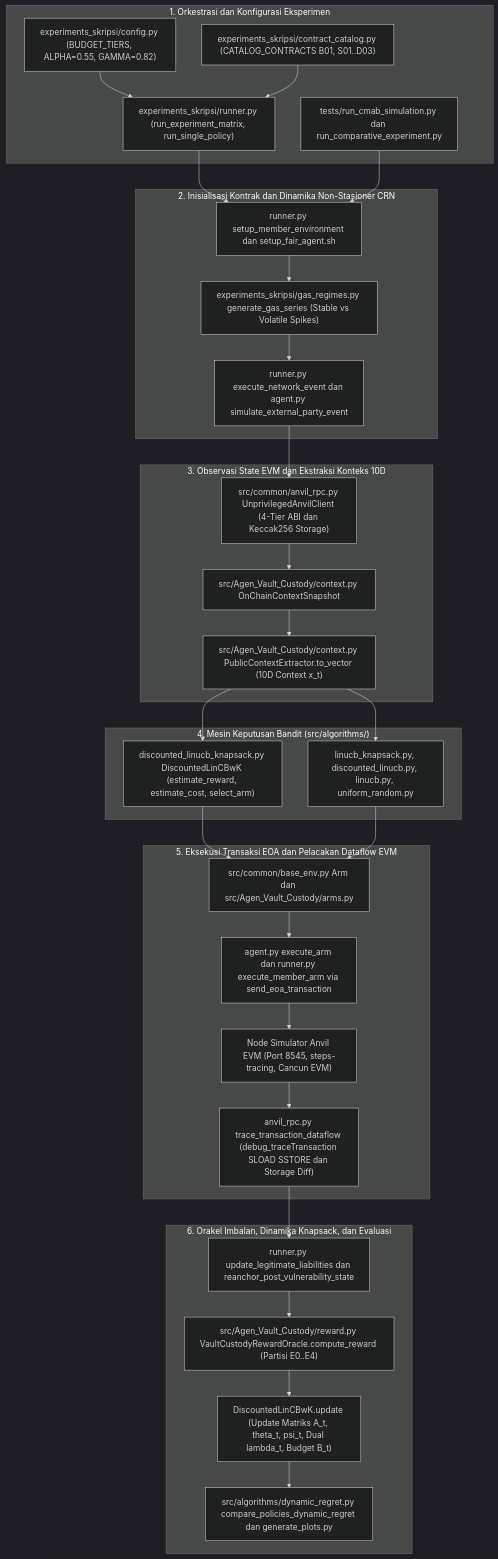
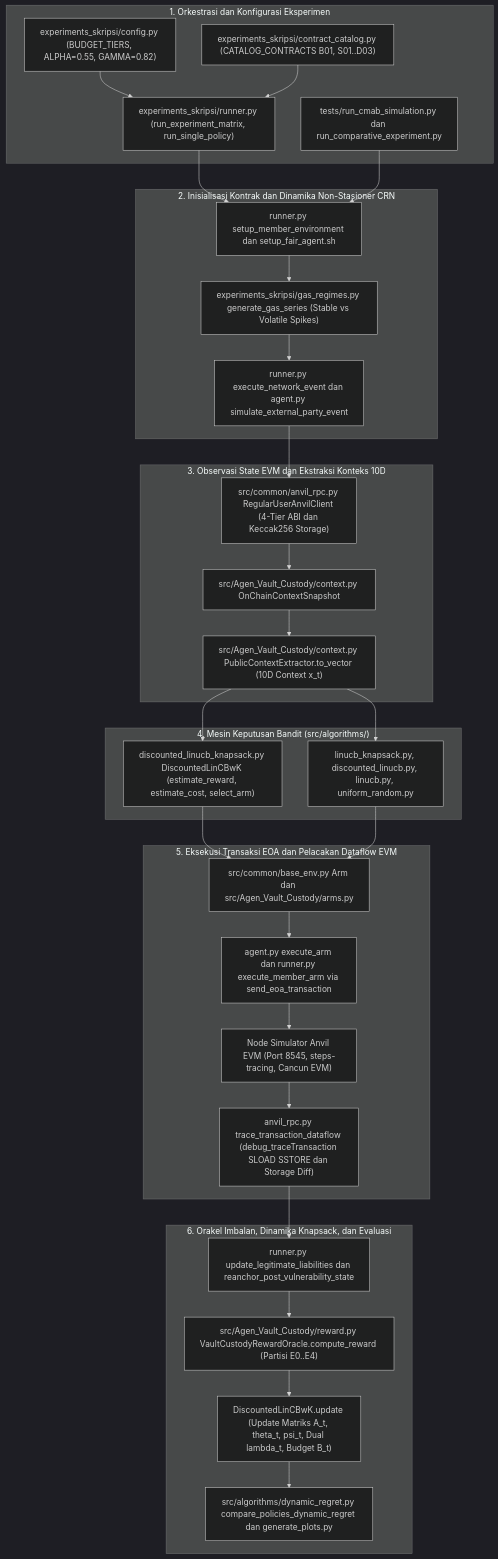
Before and after one commit to opeteer/FuzzCMAB: the first of 2 diagrams in README.md, drawn with Mermaid (dark theme). The commit also changed other lines of this file and 45 other files, not shown here.

Commit message:
feat: port FuzzCMAB framework to Java and rename unprivileged standing terminology to regular user agent

````diff
--- a/README.md
+++ b/README.md
@@ -67,61 +67,61 @@
 ```mermaid
 flowchart TD
     subgraph L1["1. Orkestrasi dan Konfigurasi Eksperimen"]
         CFG["experiments_skripsi/config.py (BUDGET_TIERS, ALPHA=0.55, GAMMA=0.82)"]
         CAT["experiments_skripsi/contract_catalog.py (CATALOG_CONTRACTS B01, S01..D03)"]
         RUN["experiments_skripsi/runner.py (run_experiment_matrix, run_single_policy)"]
         SIM["tests/run_cmab_simulation.py dan run_comparative_experiment.py"]
     end
 
     subgraph L2["2. Inisialisasi Kontrak dan Dinamika Non-Stasioner CRN"]
         SETUP["runner.py setup_member_environment dan setup_fair_agent.sh"]
         GAS["experiments_skripsi/gas_regimes.py generate_gas_series (Stable vs Volatile Spikes)"]
         PEER["runner.py execute_network_event dan agent.py simulate_external_party_event"]
     end
 
     subgraph L3["3. Observasi State EVM dan Ekstraksi Konteks 10D"]
-        RPC_READ["src/common/anvil_rpc.py UnprivilegedAnvilClient (4-Tier ABI dan Keccak256 Storage)"]
+        RPC_READ["src/common/anvil_rpc.py RegularUserAnvilClient (4-Tier ABI dan Keccak256 Storage)"]
         SNAP["src/Agen_Vault_Custody/context.py OnChainContextSnapshot"]
         CTX["src/Agen_Vault_Custody/context.py PublicContextExtractor.to_vector (10D Context x_t)"]
     end
 
     subgraph L4["4. Mesin Keputusan Bandit (src/algorithms/)"]
         DLIN["discounted_linucb_knapsack.py DiscountedLinCBwK (estimate_reward, estimate_cost, select_arm)"]
         BASE["linucb_knapsack.py, discounted_linucb.py, linucb.py, uniform_random.py"]
     end
 
     subgraph L5["5. Eksekusi Transaksi EOA dan Pelacakan Dataflow EVM"]
         ARM["src/common/base_env.py Arm dan src/Agen_Vault_Custody/arms.py"]
         EXEC["agent.py execute_arm dan runner.py execute_member_arm via send_eoa_transaction"]
         TRACE["anvil_rpc.py trace_transaction_dataflow (debug_traceTransaction SLOAD SSTORE dan Storage Diff)"]
         ANVIL["Node Simulator Anvil EVM (Port 8545, steps-tracing, Cancun EVM)"]
     end
 
     subgraph L6["6. Orakel Imbalan, Dinamika Knapsack, dan Evaluasi"]
         LIAB["runner.py update_legitimate_liabilities dan reanchor_post_vulnerability_state"]
         REW["src/Agen_Vault_Custody/reward.py VaultCustodyRewardOracle.compute_reward (Partisi E0..E4)"]
         UPD["DiscountedLinCBwK.update (Update Matriks A_t, theta_t, psi_t, Dual lambda_t, Budget B_t)"]
         EVAL["src/algorithms/dynamic_regret.py compare_policies_dynamic_regret dan generate_plots.py"]
     end
 
     CFG --> RUN
     CAT --> RUN
     RUN --> SETUP
     SIM --> SETUP
     SETUP --> GAS
     GAS --> PEER
     PEER --> RPC_READ
     RPC_READ --> SNAP
     SNAP --> CTX
     CTX --> DLIN
     CTX --> BASE
     DLIN --> ARM
     BASE --> ARM
     ARM --> EXEC
     EXEC --> ANVIL
     ANVIL --> TRACE
     TRACE --> LIAB
     LIAB --> REW
     REW --> UPD
     UPD --> EVAL
 ```
````
